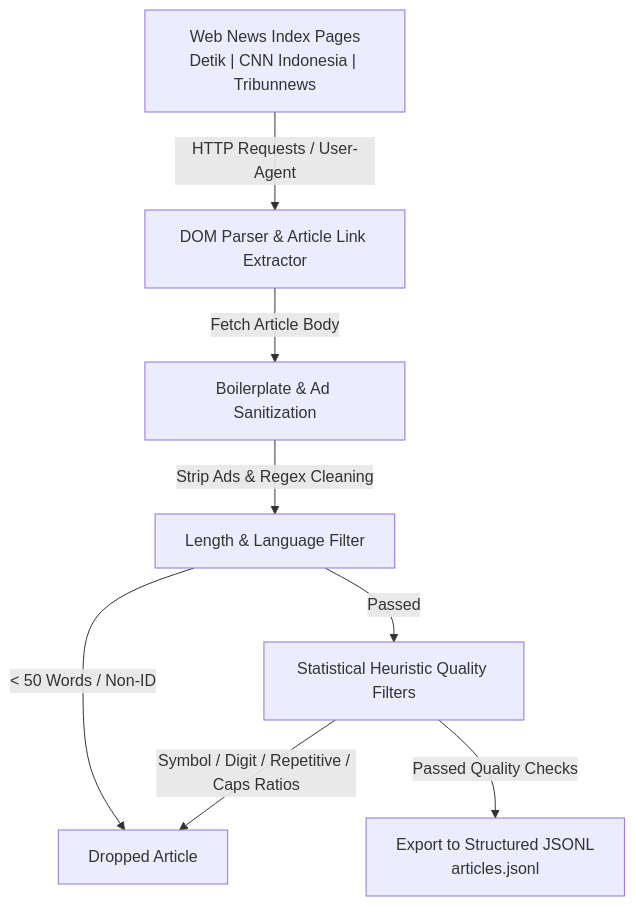
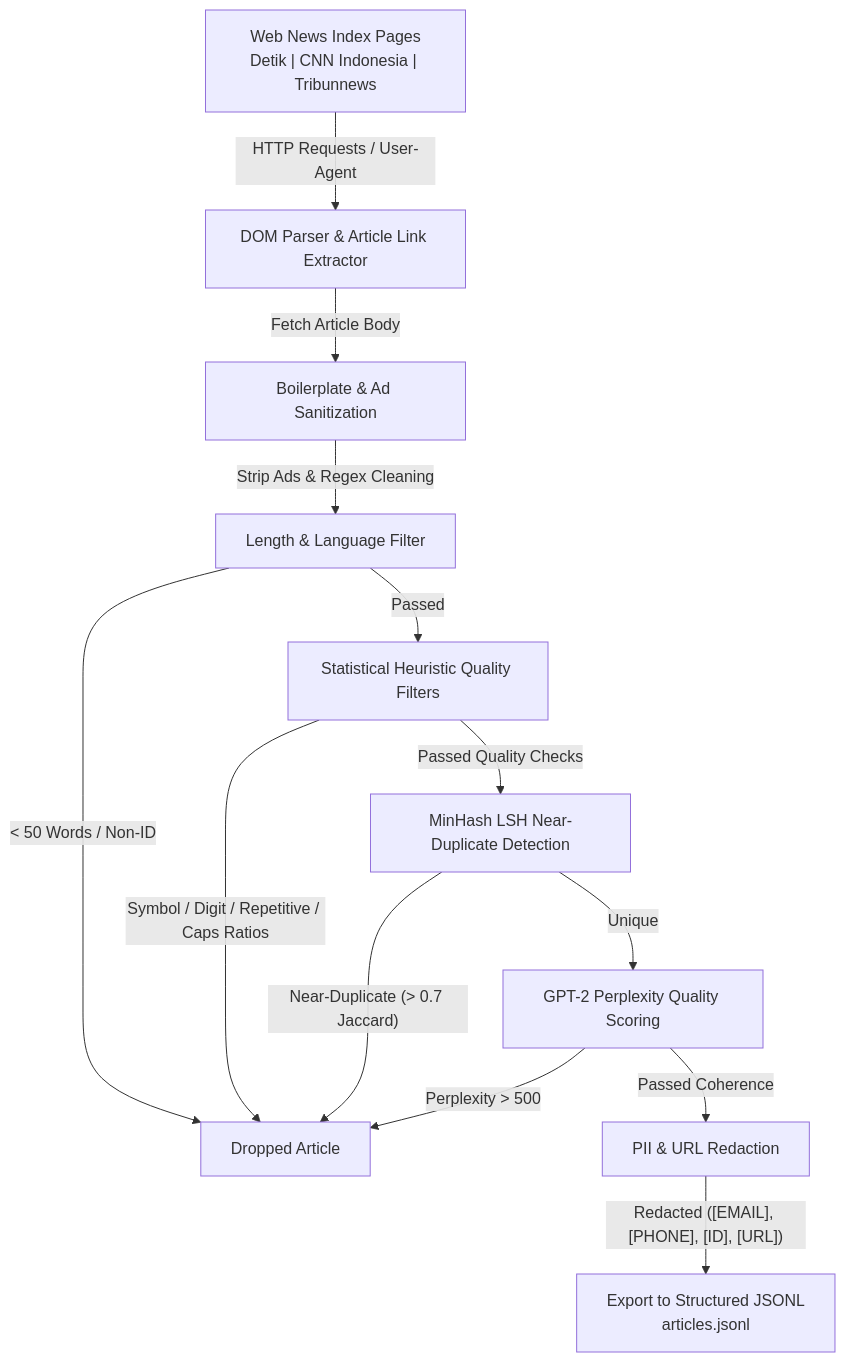
Before and after one commit to joshdc21/id-llm-data: the diagram in README.md, drawn with Mermaid. The commit also changed other lines of this file and 3 other files, not shown here.

````diff
--- a/README.md
+++ b/README.md
@@ -19,10 +19,15 @@
 ```mermaid
 flowchart TD
     A["Web News Index Pages<br/>Detik | CNN Indonesia | Tribunnews"] -->|"HTTP Requests / User-Agent"| B["DOM Parser & Article Link Extractor"]
     B -->|"Fetch Article Body"| C["Boilerplate & Ad Sanitization"]
     C -->|"Strip Ads & Regex Cleaning"| D["Length & Language Filter"]
     D -->|"< 50 Words / Non-ID"| X["Dropped Article"]
     D -->|"Passed"| E["Statistical Heuristic Quality Filters"]
     E -->|"Symbol / Digit / Repetitive / Caps Ratios"| X
-    E -->|"Passed Quality Checks"| F["Export to Structured JSONL<br/>articles.jsonl"]
+    E -->|"Passed Quality Checks"| F["MinHash LSH Near-Duplicate Detection"]
+    F -->|"Near-Duplicate (> 0.7 Jaccard)"| X
+    F -->|"Unique"| G["GPT-2 Perplexity Quality Scoring"]
+    G -->|"Perplexity > 500"| X
+    G -->|"Passed Coherence"| H["PII & URL Redaction"]
+    H -->|"Redacted ([EMAIL], [PHONE], [ID], [URL])"| I["Export to Structured JSONL<br/>articles.jsonl"]
 ```
````
